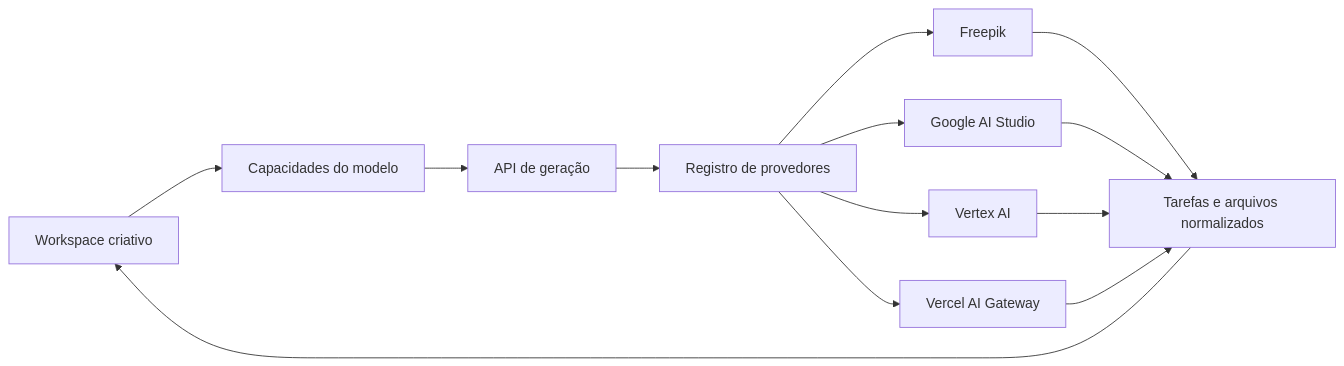
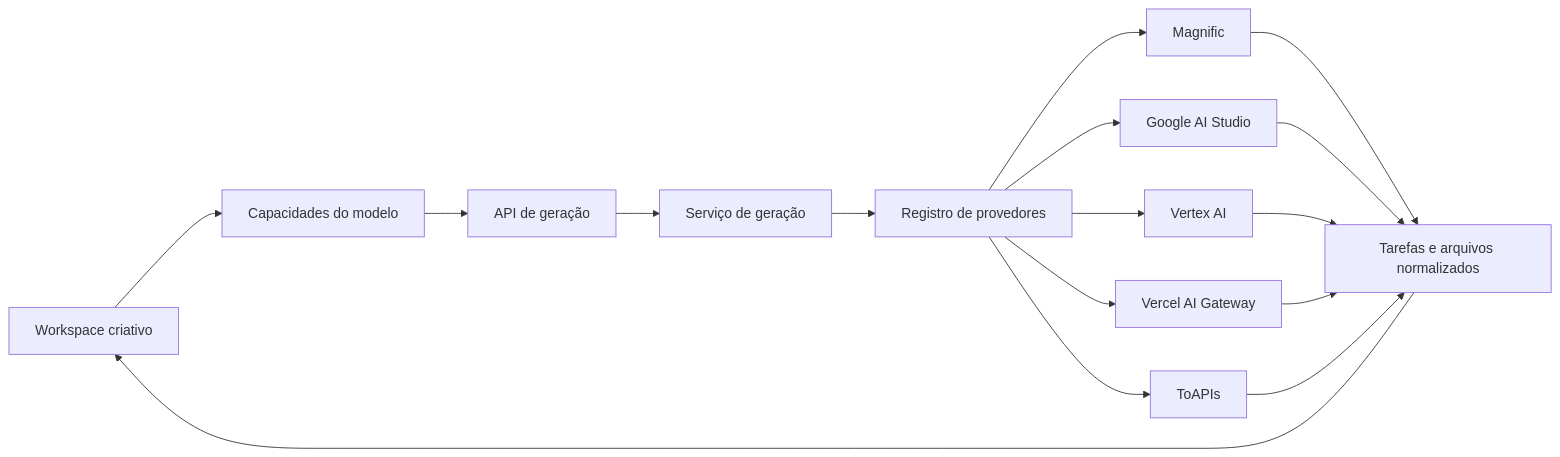
One commit to TechBeme/open-higgsfield changed the diagram in README.pt-BR.md. Above: the diagram before and after it, drawn with Mermaid. The commit also changed other lines of this file and 288 other files, not shown here.

````diff
--- a/README.pt-BR.md
+++ b/README.pt-BR.md
@@ -99,15 +129,18 @@
 ```mermaid
 flowchart LR
     U[Workspace criativo] --> C[Capacidades do modelo]
     C --> A[API de geração]
-    A --> R[Registro de provedores]
-    R --> F[Freepik]
+    A --> S[Serviço de geração]
+    S --> R[Registro de provedores]
+    R --> F[Magnific]
     R --> G[Google AI Studio]
     R --> V[Vertex AI]
     R --> W[Vercel AI Gateway]
+    R --> O[ToAPIs]
     F --> T[Tarefas e arquivos normalizados]
     G --> T
     V --> T
     W --> T
+    O --> T
     T --> U
 ```
````
